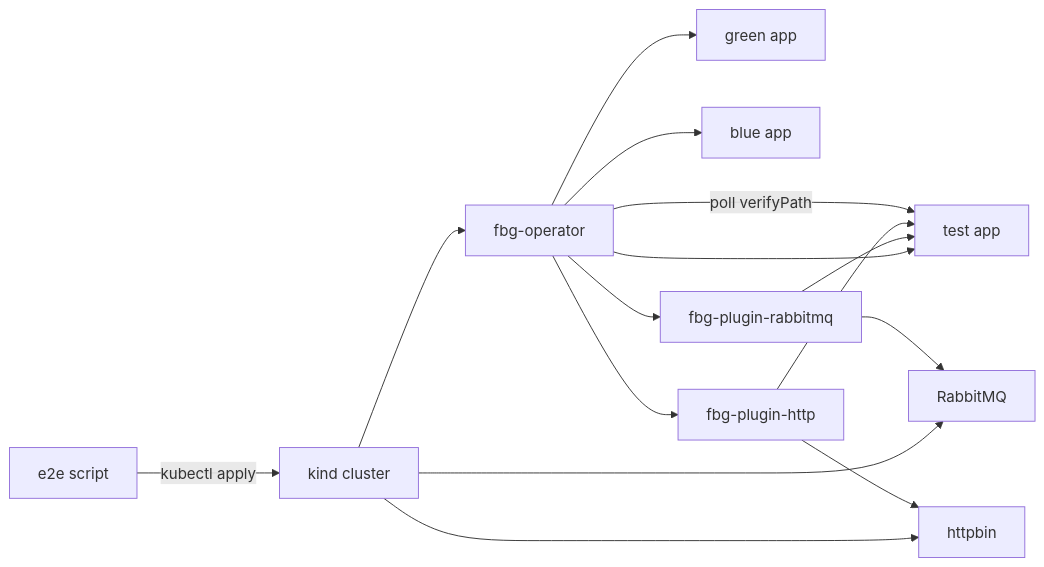
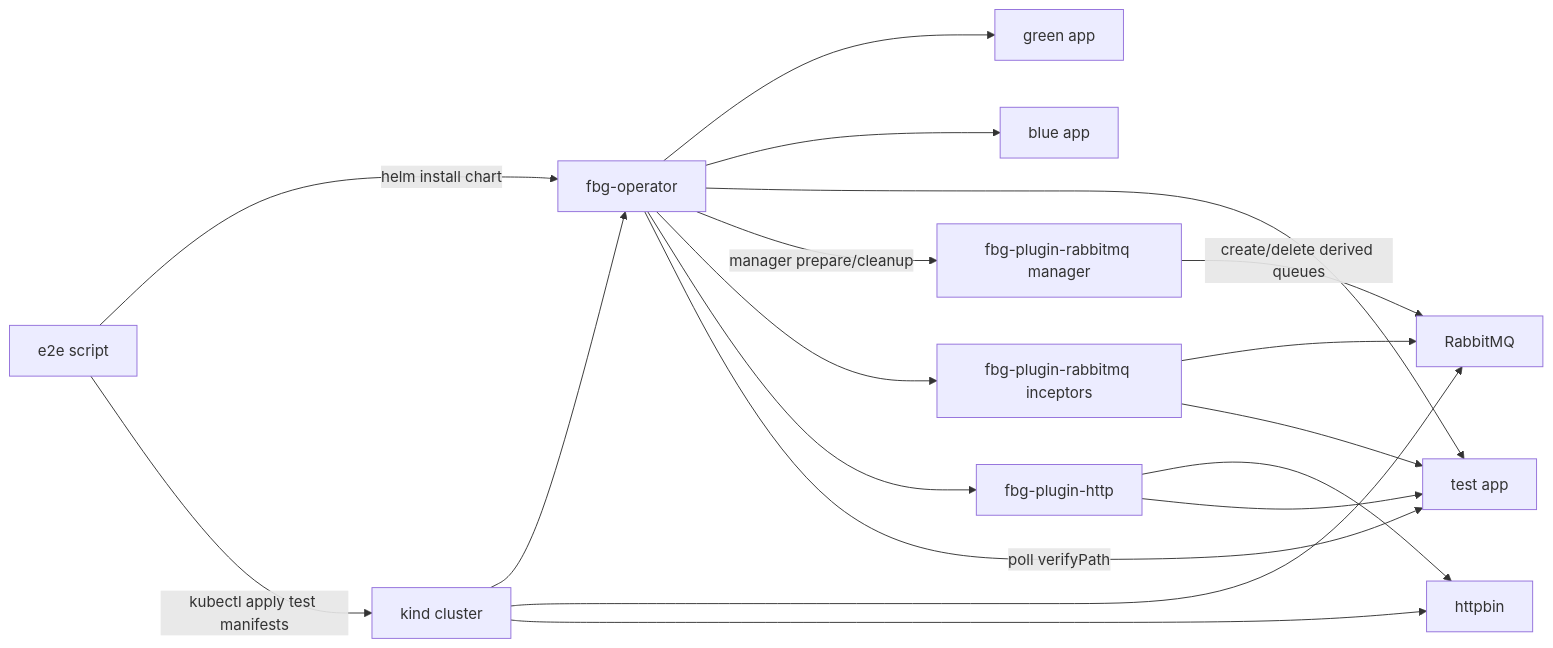
One commit to dlahmad/fluidbgoperator changed the second of 3 diagrams in docs/testing/e2e.md. Above: the diagram before and after it, drawn with Mermaid. The commit also changed other lines of this file and 46 other files, not shown here.

````diff
--- a/docs/testing/e2e.md
+++ b/docs/testing/e2e.md
@@ -44,28 +44,32 @@
 ```mermaid
 flowchart LR
     TEST["e2e script"]
     K8S["kind cluster"]
     OP["fbg-operator"]
     RAB["RabbitMQ"]
     HTTPBIN["httpbin"]
     GREEN["green app"]
     BLUE["blue app"]
     TC["test app"]
-    RP["fbg-plugin-rabbitmq"]
+    RM["fbg-plugin-rabbitmq manager"]
+    RP["fbg-plugin-rabbitmq inceptors"]
     HP["fbg-plugin-http"]
 
-    TEST -->|"kubectl apply"| K8S
+    TEST -->|"helm install chart"| OP
+    TEST -->|"kubectl apply test manifests"| K8S
     K8S --> OP
     K8S --> RAB
     K8S --> HTTPBIN
     OP --> GREEN
     OP --> BLUE
     OP --> TC
+    OP -->|"manager prepare/cleanup"| RM
     OP --> RP
     OP --> HP
+    RM -->|"create/delete derived queues"| RAB
     RP --> RAB
     HP --> HTTPBIN
     RP --> TC
     HP --> TC
     OP -->|"poll verifyPath"| TC
 ```
````
